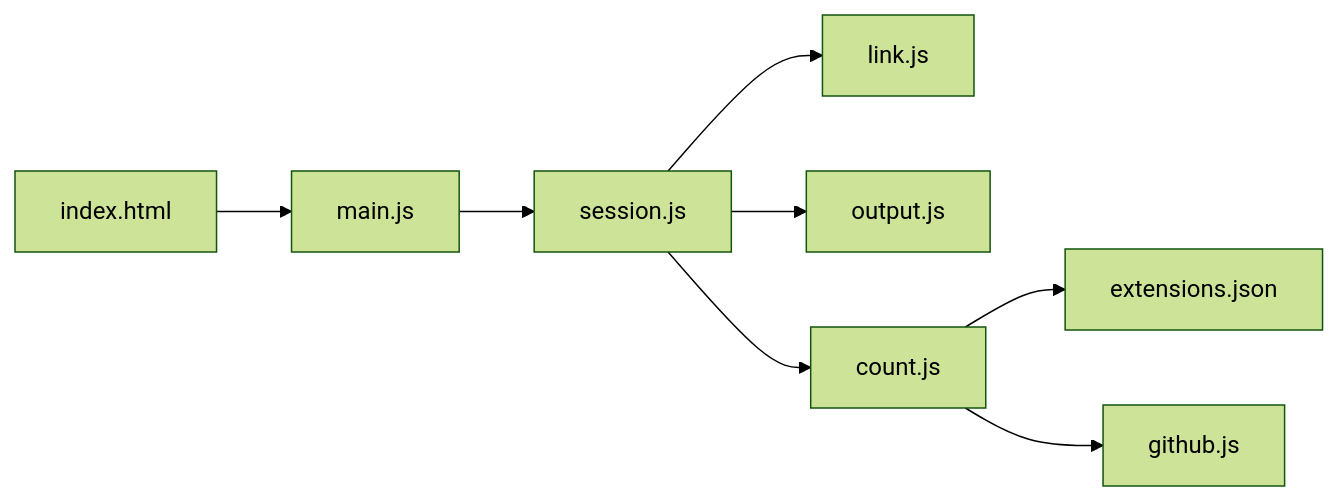
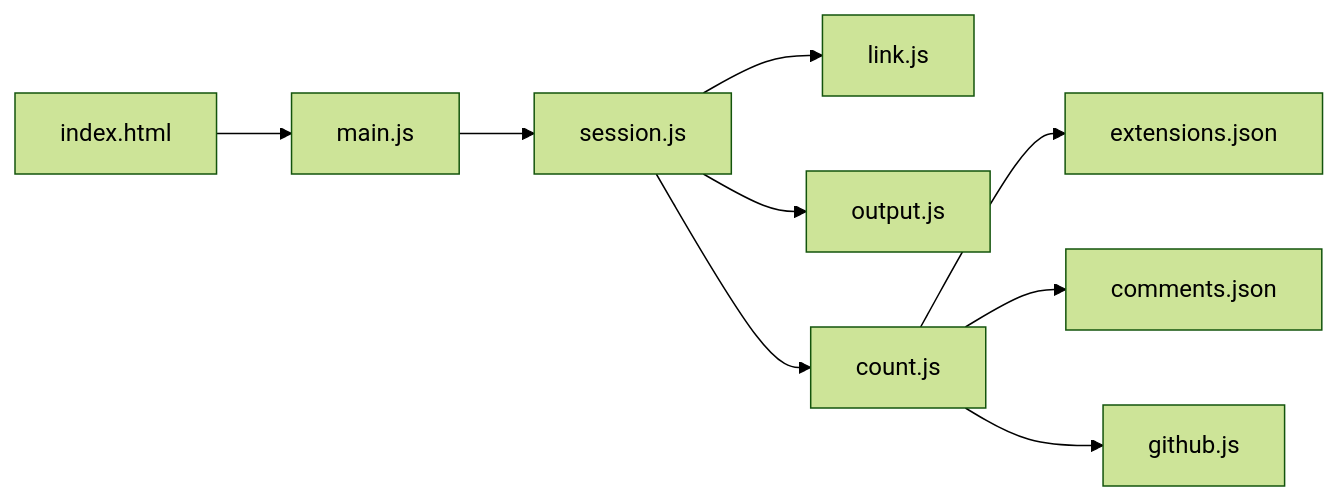
The diagram in documentation/MAINTAINER.md (cnordenb/repo-kloc-counter), drawn with Mermaid (forest theme) before and after one commit. The commit also changed other lines of this file and 16 other files, not shown here.

````diff
--- a/documentation/MAINTAINER.md
+++ b/documentation/MAINTAINER.md
@@ -69,10 +76,11 @@
 ```mermaid
 flowchart LR
   html[index.html] --> main[main.js]
   main --> session[session.js]
   session --> link[link.js]
   session --> output[output.js]
   session --> count[count.js]
   count --> ext[extensions.json]
+  count --> comments[comments.json]
   count --> github[github.js]
 ```
````
